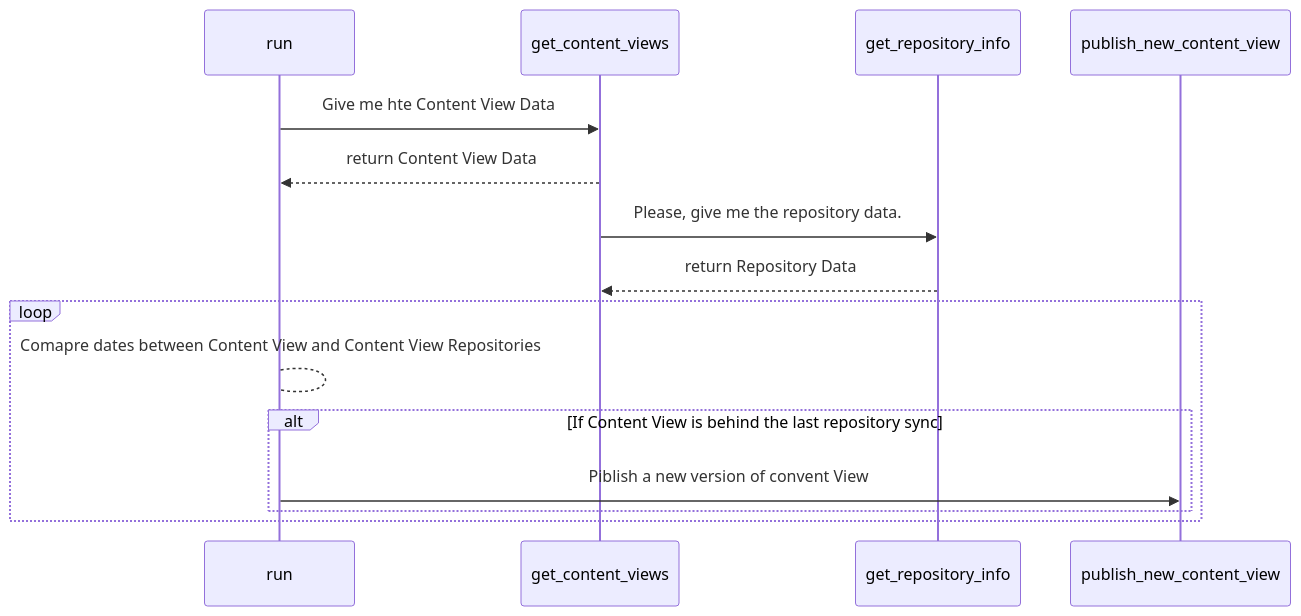
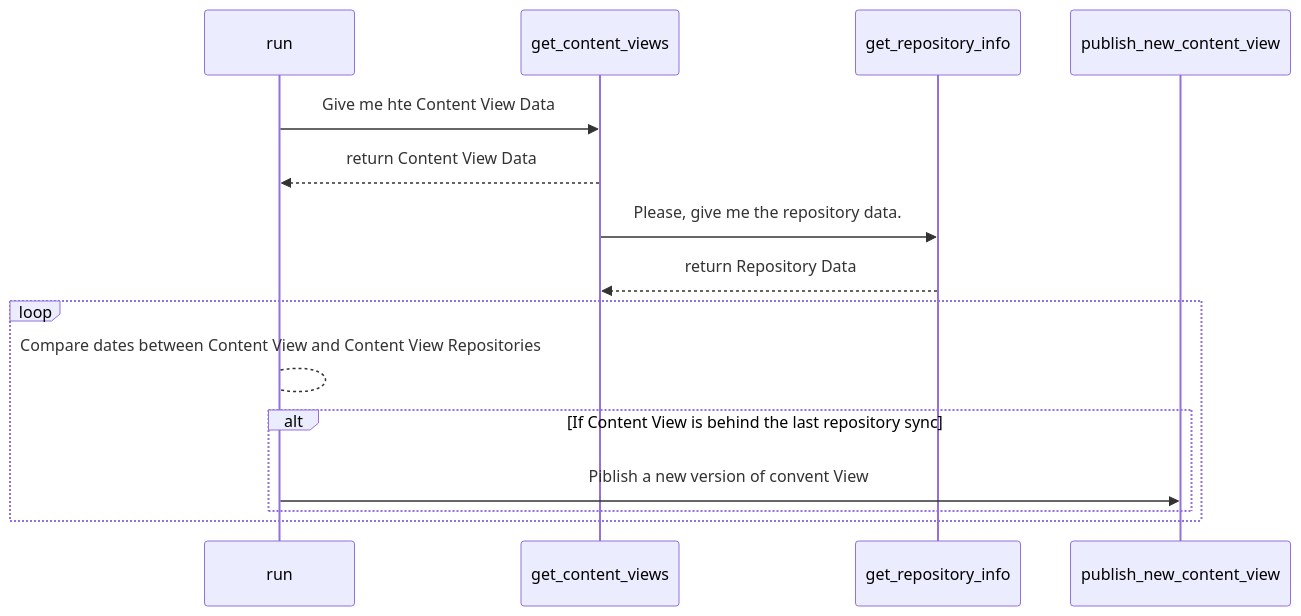
The diagram in README.md (ambrisolla/katello-publish-content-view), drawn with Mermaid before and after one commit.

Commit message:
add script

````diff
--- a/README.md
+++ b/README.md
@@ -52,14 +52,14 @@
 ```mermaid
 sequenceDiagram
     run->>get_content_views: Give me hte Content View Data
     get_content_views-->>run: return Content View Data
     get_content_views->>get_repository_info: Please, give me the repository data.
     get_repository_info-->>get_content_views: return Repository Data
     loop
-      run-->run:Comapre dates between Content View and Content View Repositories
+      run-->run:Compare dates between Content View and Content View Repositories
       alt If Content View is behind the last repository sync
           run->>publish_new_content_view: Piblish a new version of convent View
       end
     end
     
 ```
````
